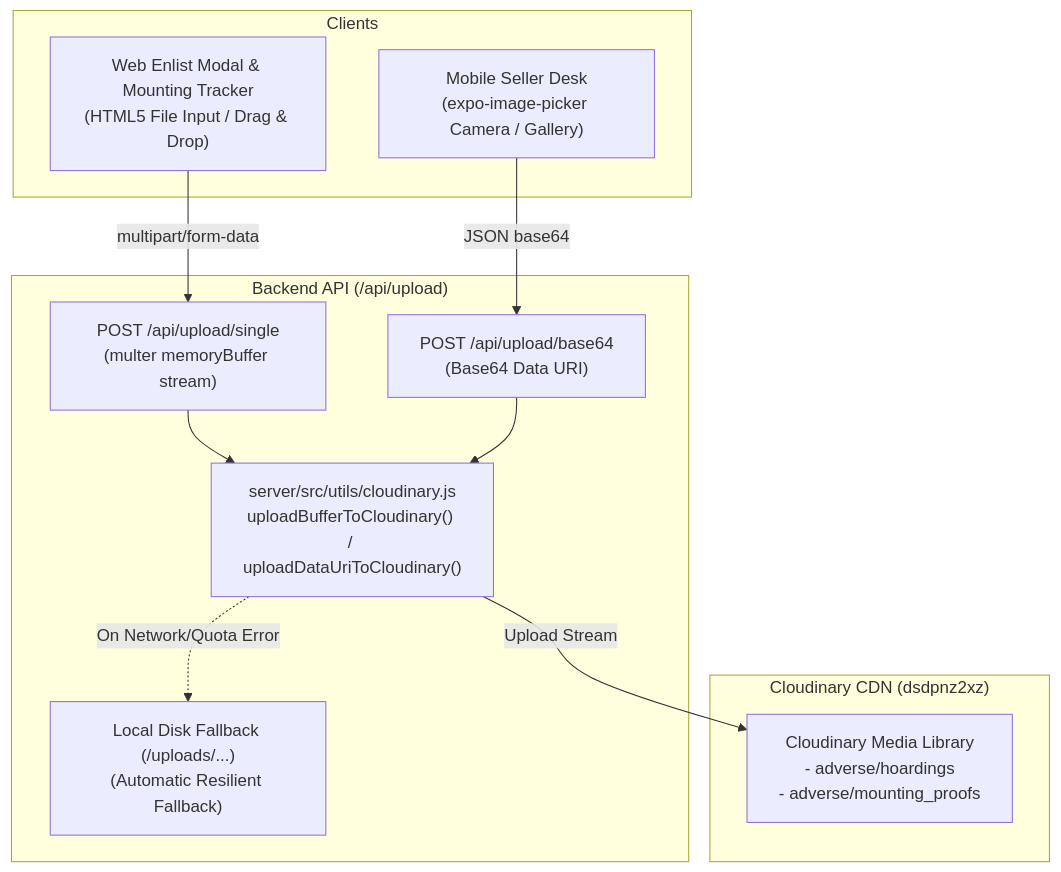
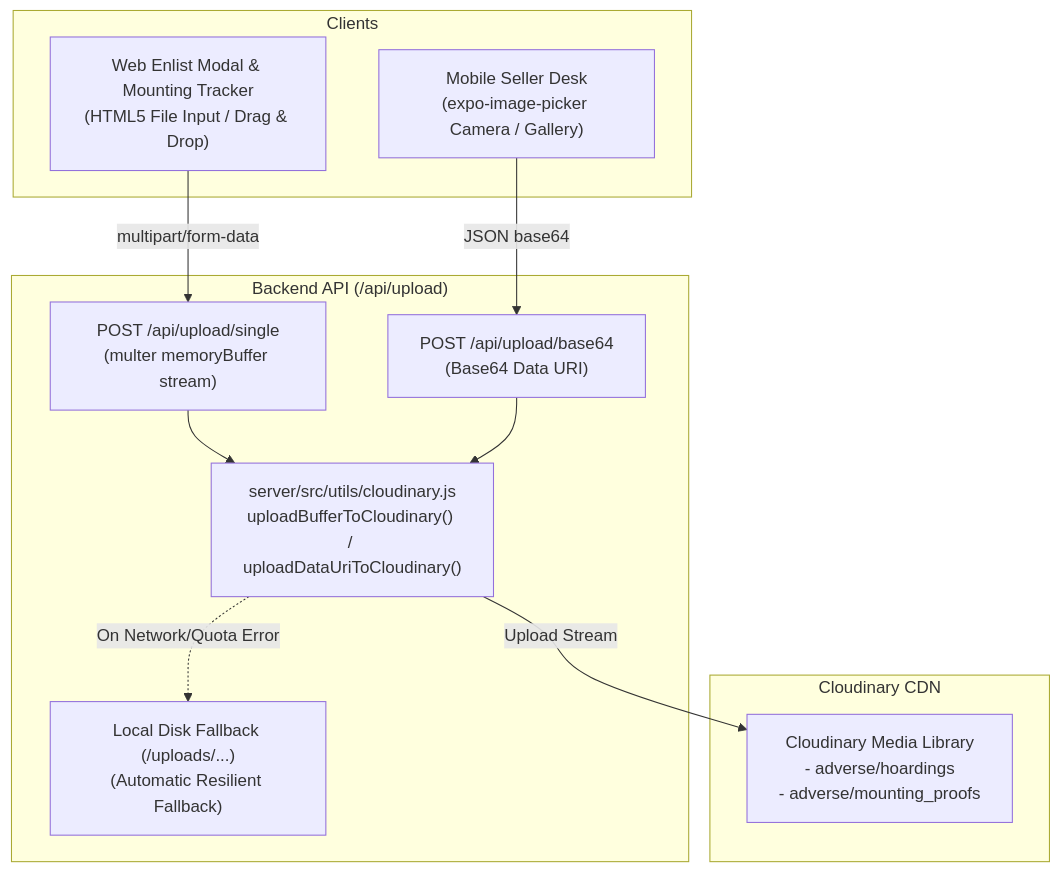
The fifth of 6 diagrams in ARCHITECTURE_AND_CODEBASE_GUIDE.md (VedaGit2003/Adverse), drawn with Mermaid before and after one commit. The commit also changed other lines of this file and 1 other file, not shown here.

Commit message:
security: sanitize and remove exposed Cloudinary credentials from codebase and documentation

````diff
--- a/ARCHITECTURE_AND_CODEBASE_GUIDE.md
+++ b/ARCHITECTURE_AND_CODEBASE_GUIDE.md
@@ -592,25 +592,25 @@
 ```mermaid
 flowchart TD
     subgraph Clients["Clients"]
         WebModal["Web Enlist Modal & Mounting Tracker\n(HTML5 File Input / Drag & Drop)"]
         MobileCamera["Mobile Seller Desk\n(expo-image-picker Camera / Gallery)"]
     end
 
     subgraph Server["Backend API (/api/upload)"]
         MulterStream["POST /api/upload/single\n(multer memoryBuffer stream)"]
         Base64Stream["POST /api/upload/base64\n(Base64 Data URI)"]
         CloudinaryUtil["server/src/utils/cloudinary.js\nuploadBufferToCloudinary() / uploadDataUriToCloudinary()"]
         FallbackDisk["Local Disk Fallback (/uploads/...)\n(Automatic Resilient Fallback)"]
     end
 
-    subgraph Cloud["Cloudinary CDN (dsdpnz2xz)"]
+    subgraph Cloud["Cloudinary CDN"]
         CloudinaryCDN["Cloudinary Media Library\n- adverse/hoardings\n- adverse/mounting_proofs"]
     end
 
     WebModal -->|multipart/form-data| MulterStream
     MobileCamera -->|JSON base64| Base64Stream
     MulterStream --> CloudinaryUtil
     Base64Stream --> CloudinaryUtil
     CloudinaryUtil -->|Upload Stream| CloudinaryCDN
     CloudinaryUtil -.->|On Network/Quota Error| FallbackDisk
 ```
````
